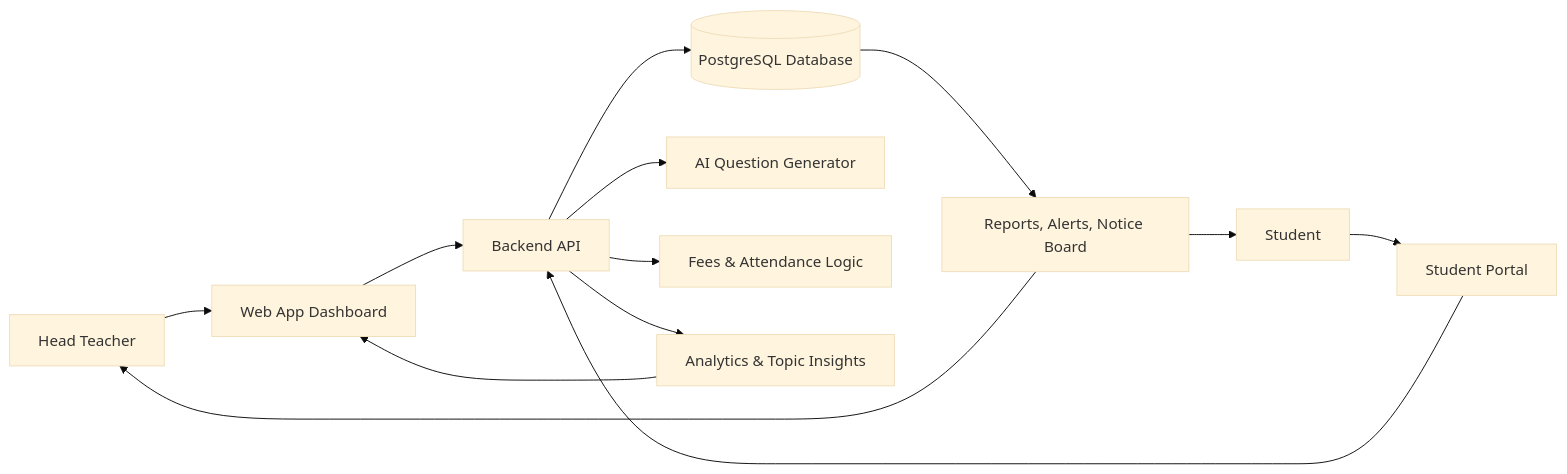
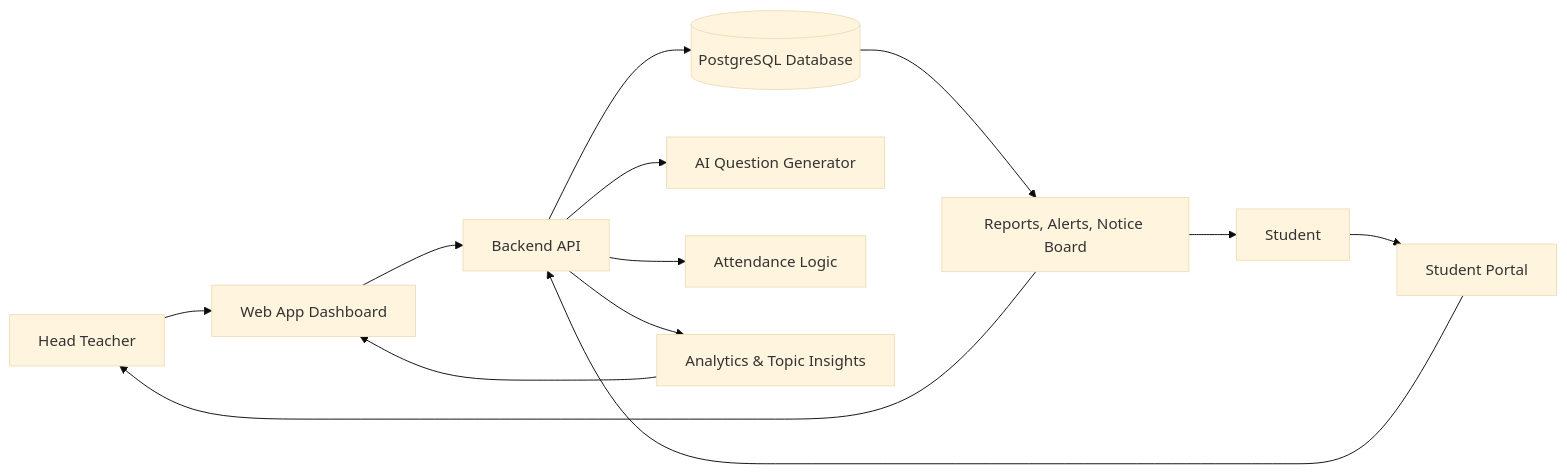
The diagram in README.md (Tushargoyal23/GrowthManagementPlatform), drawn with Mermaid (base theme) before and after one commit. The commit also changed other lines of this file and 13 other files, not shown here.

````diff
--- a/README.md
+++ b/README.md
@@ -207,15 +195,15 @@
 ```mermaid
 flowchart LR
     A[Head Teacher] --> B[Web App Dashboard]
     C[Student] --> D[Student Portal]
     B --> E[Backend API]
     D --> E
     E --> F[(PostgreSQL Database)]
     E --> G[AI Question Generator]
-    E --> H[Fees & Attendance Logic]
+    E --> H[Attendance Logic]
     E --> I[Analytics & Topic Insights]
     F --> J[Reports, Alerts, Notice Board]
     I --> B
     J --> A
     J --> C
 ```
````
